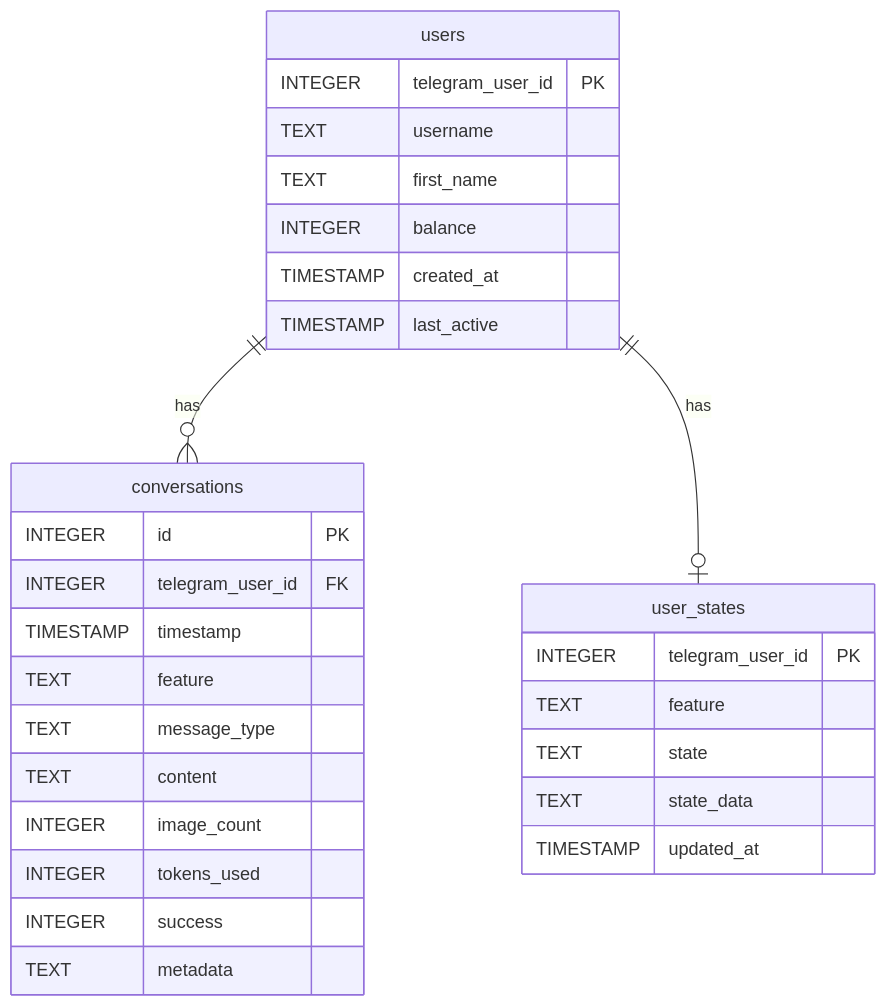
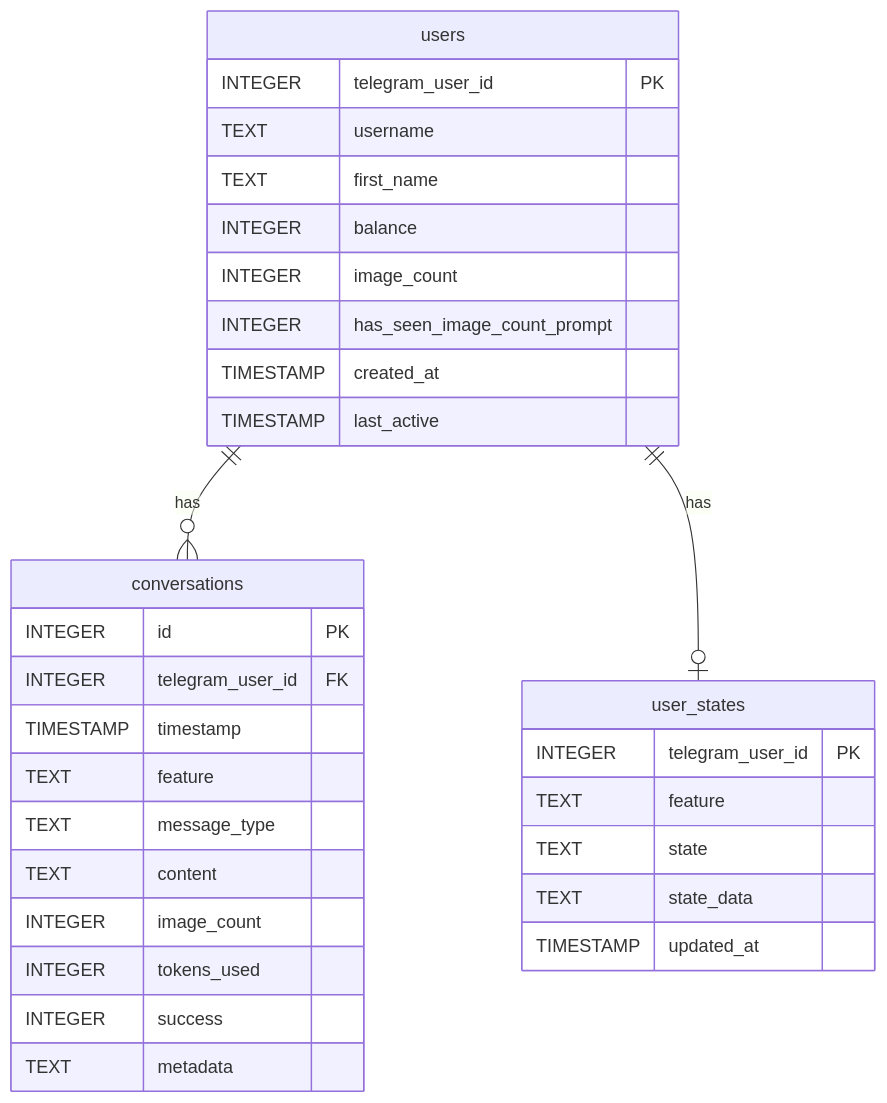
One commit to parrottizing/nano_banana_bot changed the third of 4 diagrams in docs/architecture.md. Above: the diagram before and after it, drawn with Mermaid. The commit also changed other lines of this file and 3 other files, not shown here.

````diff
--- a/docs/architecture.md
+++ b/docs/architecture.md
@@ -151,35 +153,37 @@
 ```mermaid
 erDiagram
     users ||--o{ conversations : has
     users ||--o| user_states : has
 
     users {
         INTEGER telegram_user_id PK
         TEXT username
         TEXT first_name
         INTEGER balance
+        INTEGER image_count
+        INTEGER has_seen_image_count_prompt
         TIMESTAMP created_at
         TIMESTAMP last_active
     }
 
     conversations {
         INTEGER id PK
         INTEGER telegram_user_id FK
         TIMESTAMP timestamp
         TEXT feature
         TEXT message_type
         TEXT content
         INTEGER image_count
         INTEGER tokens_used
         INTEGER success
         TEXT metadata
     }
 
     user_states {
         INTEGER telegram_user_id PK
         TEXT feature
         TEXT state
         TEXT state_data
         TIMESTAMP updated_at
     }
 ```
````
